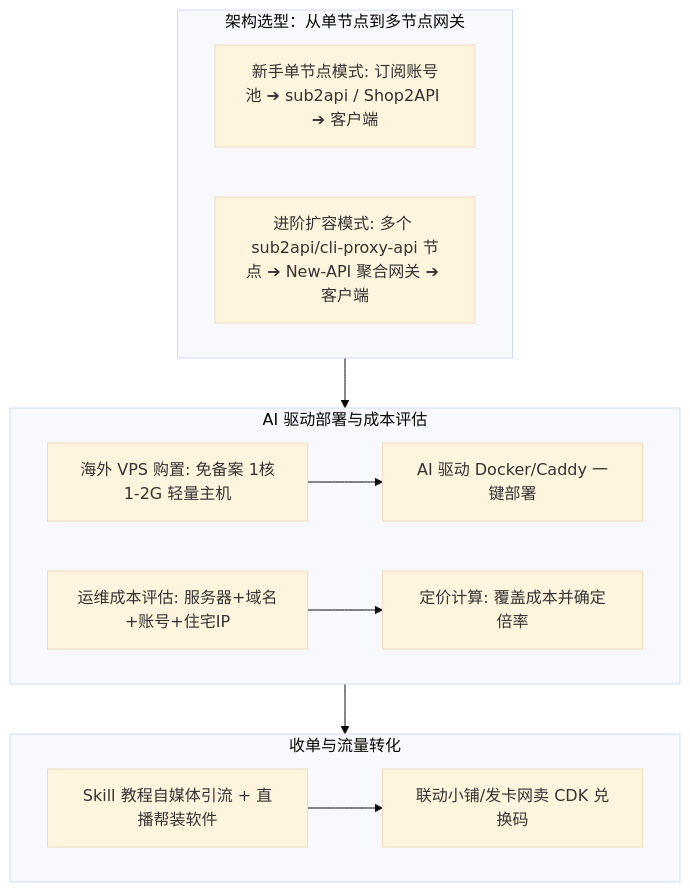
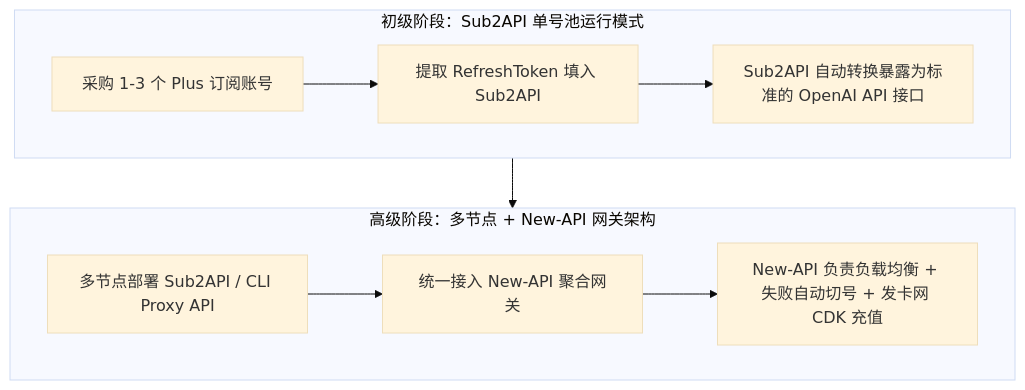
Before and after one commit to ss22219/skilldb: the diagram in skills/sk-api-relay-monetization/SKILL.md, drawn with Mermaid (base theme). The commit also changed other lines of this file and 2 other files, not shown here.

Commit message:
docs: replace Shop2API with exact physical GitHub repository Sub2API and clean hallucinated project names

````diff
--- a/skills/sk-api-relay-monetization/SKILL.md
+++ b/skills/sk-api-relay-monetization/SKILL.md
@@ -14,18 +31,14 @@
 ```mermaid
 flowchart TD
-    subgraph arch ["架构选型：从单节点到多节点网关"]
-        M1["新手单节点模式: 订阅账号池 ➔ sub2api / Shop2API ➔ 客户端"]
-        M2["进阶扩容模式: 多个 sub2api/cli-proxy-api 节点 ➔ New-API 聚合网关 ➔ 客户端"]
+    subgraph step1 ["初级阶段：Sub2API 单号池运行模式"]
+        A1[采购 1-3 个 Plus 订阅账号] --> A2[提取 RefreshToken 填入 Sub2API]
+        A2 --> A3[Sub2API 自动转换暴露为标准的 OpenAI API 接口]
     end
 
-    subgraph ops ["AI 驱动部署与成本评估"]
-        O1[海外 VPS 购置: 免备案 1核1-2G 轻量主机] --> O2[AI 驱动 Docker/Caddy 一键部署]
-        O3[运维成本评估: 服务器+域名+账号+住宅IP] --> O4[定价计算: 覆盖成本并确定倍率]
+    subgraph step2 ["高级阶段：多节点 + New-API 网关架构"]
+        B1[多节点部署 Sub2API / CLI Proxy API] --> B2[统一接入 New-API 聚合网关]
+        B2 --> B3[New-API 负责负载均衡 + 失败自动切号 + 发卡网 CDK 充值]
     end
 
-    subgraph convert ["收单与流量转化"]
-        C1[Skill 教程自媒体引流 + 直播帮装软件] --> C2[联动小铺/发卡网卖 CDK 兑换码]
-    end
-
-    arch --> ops --> convert
+    step1 --> step2
 ```
````
